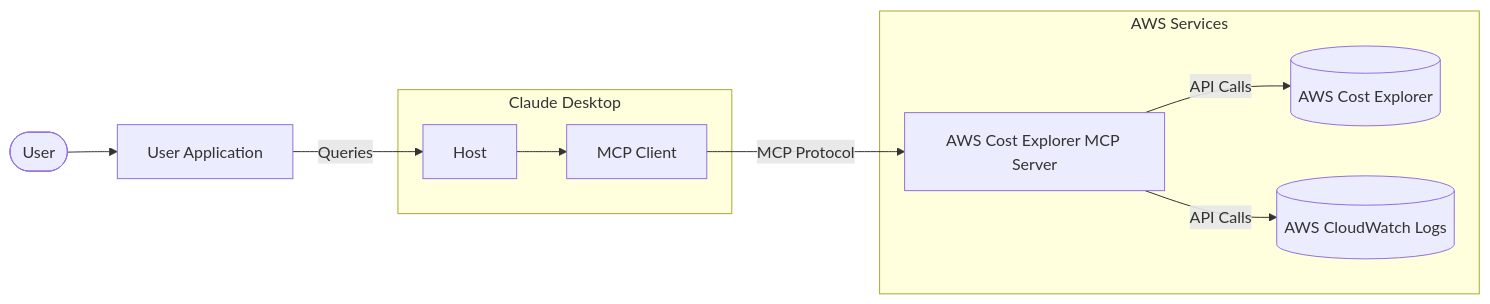
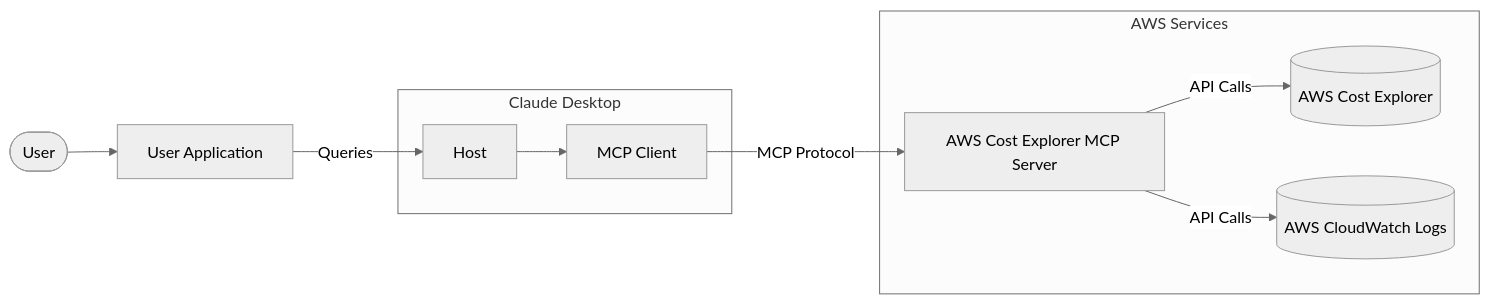
The diagram in README.md (AlexanderWiechert/aws-cost-explorer-mcp-server), drawn with Mermaid before and after one commit.

Commit message:
add diagram

````diff
--- a/README.md
+++ b/README.md
@@ -5,16 +5,17 @@
 ```mermaid
+%%{init: {'theme': 'neutral', 'themeVariables': { 'fontSize': '16px'}, "flowchart": {"htmlLabels": true}, "securityLevel": "loose"}}%%
 flowchart LR
     User([User]) --> UserApp[User Application]
     UserApp --> |Queries| Host[Host]
     
     subgraph "Claude Desktop"
         Host --> MCPClient[MCP Client]
     end
     
     MCPClient --> |MCP Protocol| MCPServer[AWS Cost Explorer MCP Server]
     
     subgraph "AWS Services"
         MCPServer --> |API Calls| CostExplorer[(AWS Cost Explorer)]
         MCPServer --> |API Calls| CloudWatchLogs[(AWS CloudWatch Logs)]
     end
 ```
````
